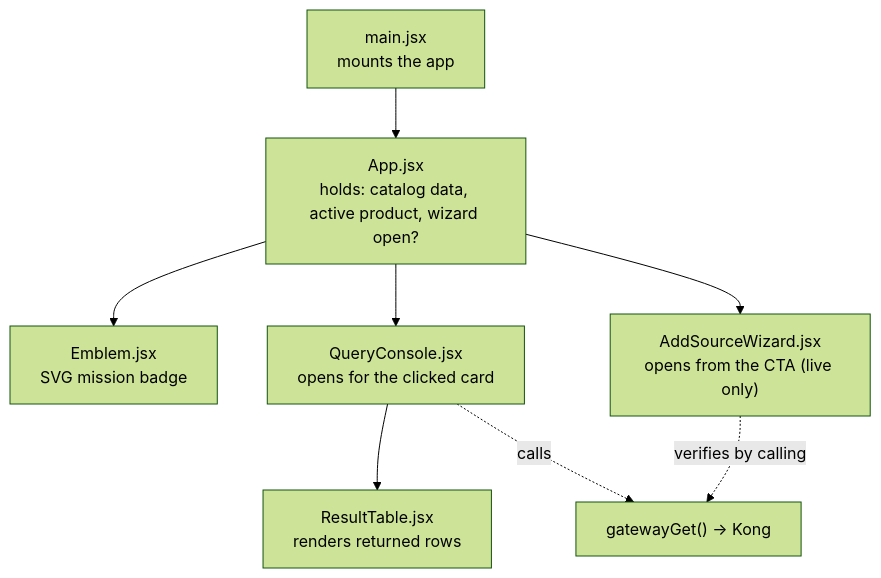
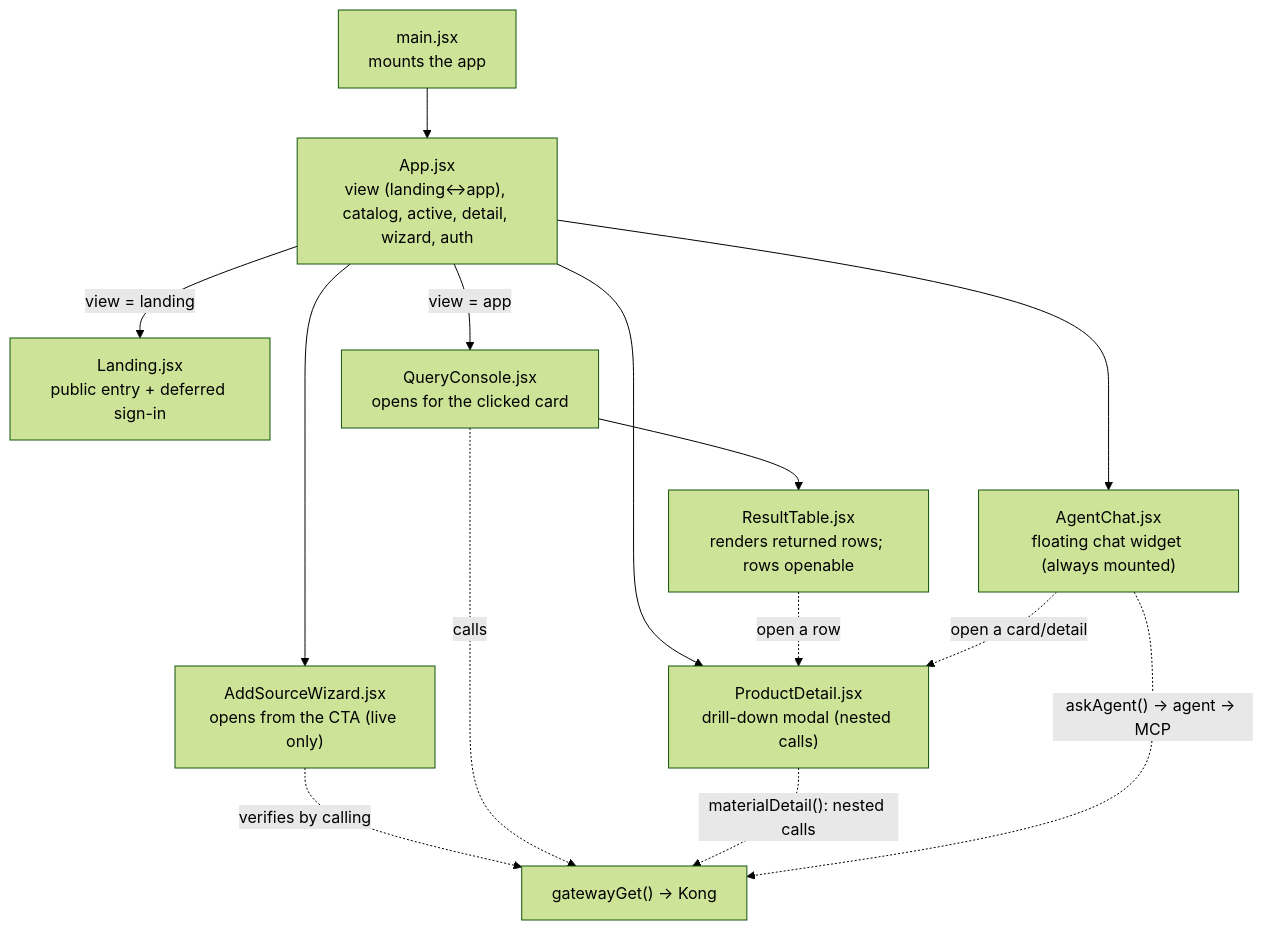
Before and after one commit to fgarofalo56/nasa-api-first-poc: the third of 3 diagrams in frontend/README.md, drawn with Mermaid (forest theme). The commit also changed other lines of this file and 13 other files, not shown here.

First line of the commit message:
docs: sync the manual to the agent, landing page, drill-down + live add/remove (#18)

````diff
--- a/frontend/README.md
+++ b/frontend/README.md
@@ -249,10 +290,16 @@
 ```mermaid
 flowchart TD
-    M["main.jsx<br/>mounts the app"] --> APP["App.jsx<br/>holds: catalog data, active product, wizard open?"]
-    APP --> EM["Emblem.jsx<br/>SVG mission badge"]
-    APP --> QC["QueryConsole.jsx<br/>opens for the clicked card"]
+    M["main.jsx<br/>mounts the app"] --> APP["App.jsx<br/>view (landing↔app), catalog, active, detail, wizard, auth"]
+    APP -->|view = landing| LAND["Landing.jsx<br/>public entry + deferred sign-in"]
+    APP -->|view = app| QC["QueryConsole.jsx<br/>opens for the clicked card"]
     APP --> WZ["AddSourceWizard.jsx<br/>opens from the CTA (live only)"]
-    QC --> RT["ResultTable.jsx<br/>renders returned rows"]
+    APP --> PD["ProductDetail.jsx<br/>drill-down modal (nested calls)"]
+    APP --> CHAT["AgentChat.jsx<br/>floating chat widget (always mounted)"]
+    QC --> RT["ResultTable.jsx<br/>renders returned rows; rows openable"]
+    RT -. "open a row" .-> PD
+    CHAT -. "open a card/detail" .-> PD
     WZ -. "verifies by calling" .-> KONG["gatewayGet() → Kong"]
     QC -. "calls" .-> KONG
+    PD -. "materialDetail(): nested calls" .-> KONG
+    CHAT -. "askAgent() → agent → MCP" .-> KONG
 ```
````
